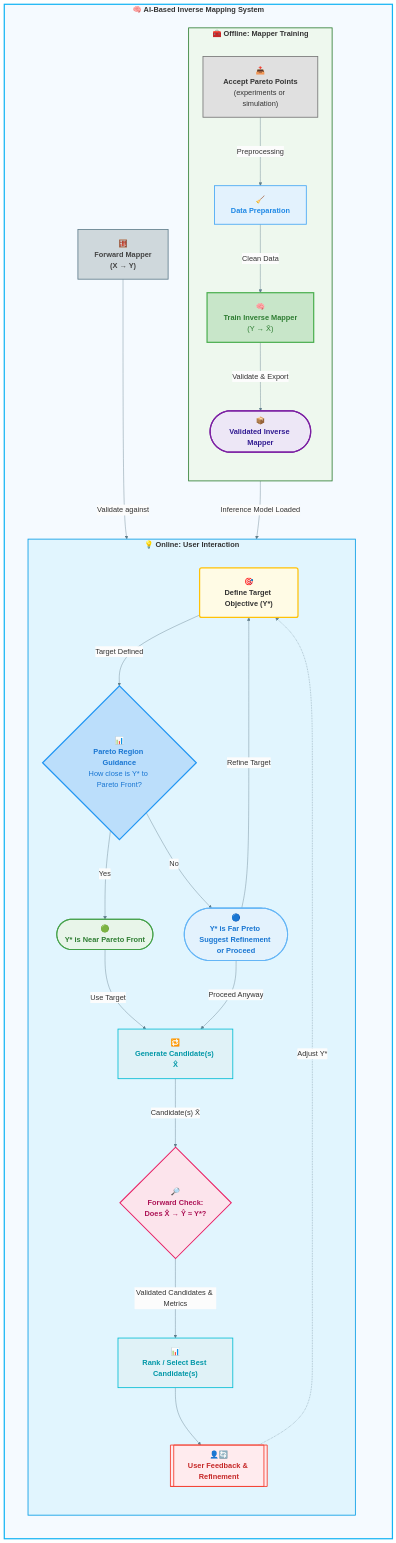
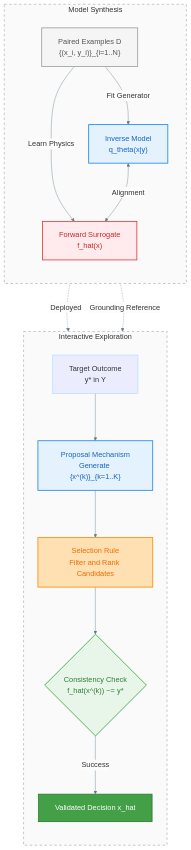
One commit to Nicola-Ibrahim/Tracing-Objectives-Backwards changed the diagram in docs/processes/system-framework.md. Above: the diagram before and after it, drawn with Mermaid. The commit also changed 1 other file, not shown here.

Commit message:
Refactor system framework diagram to enhance clarity and structure; updated components for model synthesis and interactive exploration.

````diff
--- a/docs/processes/system-framework.md
+++ b/docs/processes/system-framework.md
@@ -23,84 +23,51 @@
 }}%%
 
 flowchart TD
- subgraph Offline["<b>🧰 Offline: Mapper Training</b>"]
+  subgraph MODEL["Model Synthesis"]
     direction TB
-        acceptData["📥<br><b>Accept Pareto Points</b><br>(experiments or simulation)"]
-        dataPreparation["🧹<br><b>Data Preparation</b>"]
-        trainInverseMapper["🧠<br><b>Train Inverse Mapper</b><br>(Y → X̂)"]
-        inverseMapperModel(["📦<br><b>Validated Inverse Mapper</b>"])
+    pairedExamples["Paired Examples D<br/>{(x_i, y_i)}_{i=1..N}"]
+    inverseModel["Inverse Model<br/>q_theta(x|y)"]
+    forwardSurrogate["Forward Surrogate<br/>f_hat(x)"]
+
+    pairedExamples -->|Fit Generator| inverseModel
+    pairedExamples -->|Learn Physics| forwardSurrogate
+    inverseModel <-->|Alignment| forwardSurrogate
   end
 
- subgraph Online["<b>💡 Online: User Interaction</b>"]
+  subgraph INTERACTIVE["Interactive Exploration"]
     direction TB
-        defineTargetObjective("🎯<br><b>Define Target Objective (Y*)</b>")
-        paretoGuidance{"📊<br><b>Pareto Region Guidance</b><br>How close is Y* to Pareto Front?"}
-        nearPareto(["🟢<br><b>Y* is Near Pareto Front</b>"])
-        farPareto(["🔵<br><b>Y* is Far Preto <br>Suggest Refinement or Proceed</b>"])
-        generateCandidates["🔁<br><b>Generate Candidate(s) X̂"]
-        forwardCheck{"🔎<br><b>Forward Check:<br>Does X̂ → Ŷ ≈ Y*?</b>"}
-        rankCandidates["📊<br><b>Rank / Select Best Candidate(s)</b>"]
-        userFeedback[["👤🔄<br><b>User Feedback &amp; Refinement</b>"]]
+    targetOutcome["Target Outcome<br/>y* in Y"]
+    proposalMechanism["Proposal Mechanism<br/>Generate {x^(k)}_{k=1..K}"]
+    selectionRule["Selection Rule<br/>Filter and Rank Candidates"]
+    consistencyCheck{"Consistency Check<br/>f_hat(x^(k)) ~= y*"}
+    validatedDecision["Validated Decision x_hat"]
+
+    targetOutcome --> proposalMechanism
+    proposalMechanism --> selectionRule
+    selectionRule --> consistencyCheck
+    consistencyCheck -->|Success| validatedDecision
   end
 
- subgraph SYS["<b>🧠 AI-Based Inverse Mapping System</b>"]
-    direction TB
-        Offline
-        forwardMapperModel["🧮<br><b>Forward Mapper<br>(X → Y)</b>"]
-        Online
-  end
+  inverseModel -.->|Deployed| proposalMechanism
+  forwardSurrogate -.->|Grounding Reference| consistencyCheck
 
-    %% Edges with labels
-    acceptData -->|Preprocessing| dataPreparation
-    dataPreparation -->|Clean Data| trainInverseMapper
-    trainInverseMapper -->|Validate & Export| inverseMapperModel
+  classDef data fill:#F5F5F5,stroke:#9E9E9E,stroke-width:2px,color:#555
+  classDef inverse fill:#E3F2FD,stroke:#1E88E5,stroke-width:2px,color:#1565C0
+  classDef forward fill:#FFEBEE,stroke:#E53935,stroke-width:2px,color:#C62828
+  classDef proposal fill:#E3F2FD,stroke:#1E88E5,stroke-width:2px,color:#1565C0
+  classDef selection fill:#FFE0B2,stroke:#FB8C00,stroke-width:2px,color:#EF6C00
+  classDef consistency fill:#E8F5E9,stroke:#43A047,stroke-width:2px,color:#2E7D32
+  classDef validated fill:#43A047,stroke:#2E7D32,stroke-width:2px,color:#FFFFFF
 
-    defineTargetObjective -->|Target Defined| paretoGuidance
-    paretoGuidance -- Yes --> nearPareto
-    paretoGuidance -- No --> farPareto
+  class pairedExamples data
+  class inverseModel inverse
+  class forwardSurrogate forward
+  class proposalMechanism proposal
+  class selectionRule selection
+  class consistencyCheck consistency
+  class validatedDecision validated
 
-    inverseMapperModel -->|Inference Model Loaded| generateCandidates
-    nearPareto -->|Use Target| generateCandidates
-    farPareto -->|Proceed Anyway| generateCandidates
-    farPareto -->|Refine Target| defineTargetObjective
-
-    generateCandidates -->|"Candidate(s) X̂"| forwardCheck
-    forwardCheck -->|Validated Candidates & Metrics| rankCandidates
-    rankCandidates --> userFeedback
-    userFeedback -.->|Adjust Y*| defineTargetObjective
-
-    forwardMapperModel -->|Validate against| forwardCheck
-
-    %% Class Styles
-    classDef objective fill:#FFFBE5,stroke:#FFC107,stroke-width:3px,color:#333
-    classDef inputdata fill:#E0E0E0,stroke:#757575,stroke-width:2px,color:#333
-    classDef training fill:#C8E6C9,stroke:#4CAF50,stroke-width:3px,color:#2E7D32
-    classDef decision fill:#BBDEFB,stroke:#2196F3,stroke-width:3px,color:#1976D2
-    classDef feasible fill:#E8F5E9,stroke:#43A047,stroke-width:2.5px,color:#2E7D32
-    classDef farregion fill:#E3F2FD,stroke:#64B5F6,stroke-width:2.5px,color:#1976D2
-    classDef processrun fill:#E0F2F7,stroke:#00BCD4,stroke-width:2px,color:#0097A7
-    classDef validation fill:#FCE4EC,stroke:#E91E63,stroke-width:2.5px,color:#AD1457
-    classDef forwardmodel fill:#CFD8DC,stroke:#607D8B,stroke-width:2px,color:#424242
-    classDef feedback fill:#FFEBEE,stroke:#F44336,stroke-width:2.2px,color:#C62828
-    classDef preprocessing fill:#E3F2FD,stroke:#42A5F5,stroke-width:2px,color:#1E88E5
-    classDef model_ready fill:#EDE7F6,stroke:#7B1FA2,stroke-width:3px,color:#311B92
-
-    class defineTargetObjective objective;
-    class acceptData inputdata;
-    class dataPreparation preprocessing;
-    class trainInverseMapper training;
-    class inverseMapperModel model_ready;
-    class paretoGuidance decision;
-    class nearPareto feasible;
-    class farPareto farregion;
-    class generateCandidates processrun;
-    class rankCandidates processrun;
-    class forwardCheck validation;
-    class userFeedback feedback;
-    class forwardMapperModel forwardmodel;
-
-    style Offline fill:#EEF8EE,stroke:#2E7D32,stroke-width:2px
-    style Online fill:#E1F5FE,stroke:#039BE5,stroke-width:2px
-    style SYS fill:#F5FAFF,stroke:#14B4F4,stroke-width:3px
+  style MODEL fill:#FAFAFA,stroke:#BDBDBD,stroke-width:2px,stroke-dasharray: 6 6
+  style INTERACTIVE fill:#FAFAFA,stroke:#BDBDBD,stroke-width:2px,stroke-dasharray: 6 6
     
 ```
````
